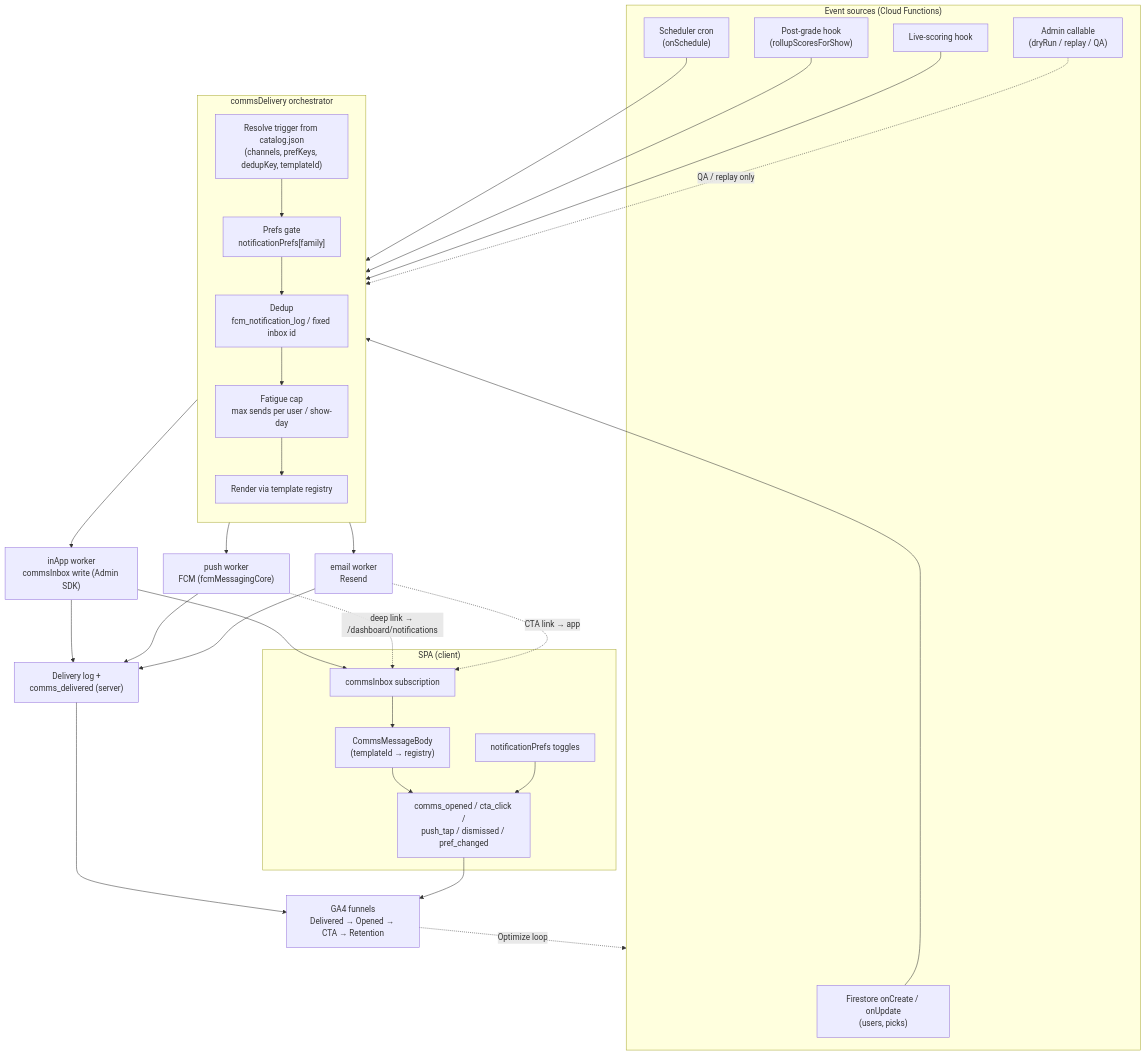
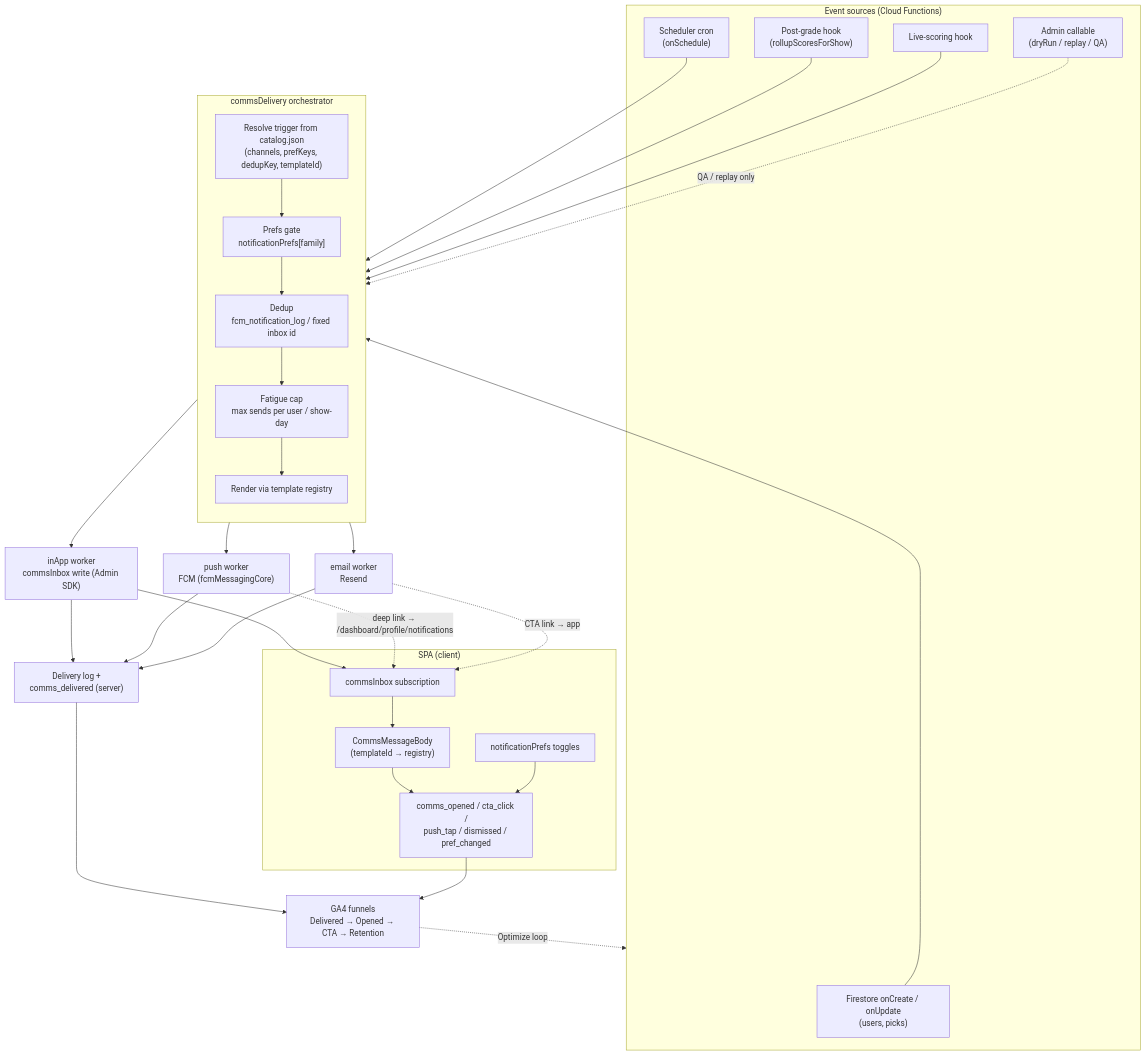
One commit to pat792/set-picks changed the diagram in docs/comms-triggers/ECOSYSTEM.md. Above: the diagram before and after it, drawn with Mermaid. The commit also changed other lines of this file and 46 other files, not shown here.

````diff
--- a/docs/comms-triggers/ECOSYSTEM.md
+++ b/docs/comms-triggers/ECOSYSTEM.md
@@ -18,51 +18,51 @@
 ```mermaid
 flowchart TB
   subgraph SRC["Event sources (Cloud Functions)"]
     A1["Firestore onCreate / onUpdate\n(users, picks)"]
     A2["Scheduler cron\n(onSchedule)"]
     A3["Post-grade hook\n(rollupScoresForShow)"]
     A4["Live-scoring hook"]
     A5["Admin callable\n(dryRun / replay / QA)"]
   end
 
   A1 --> ORCH
   A2 --> ORCH
   A3 --> ORCH
   A4 --> ORCH
   A5 -. "QA / replay only" .-> ORCH
 
   subgraph ORCH["commsDelivery orchestrator"]
     direction TB
     R["Resolve trigger from catalog.json\n(channels, prefKeys, dedupKey, templateId)"]
     P["Prefs gate\nnotificationPrefs[family]"]
     D["Dedup\nfcm_notification_log / fixed inbox id"]
     F["Fatigue cap\nmax sends per user / show-day"]
     T["Render via template registry"]
     R --> P --> D --> F --> T
   end
 
   T --> WIN["inApp worker\ncommsInbox write (Admin SDK)"]
   T --> WPU["push worker\nFCM (fcmMessagingCore)"]
   T --> WEM["email worker\nResend"]
 
   WIN --> LOG["Delivery log +\ncomms_delivered (server)"]
   WPU --> LOG
   WEM --> LOG
 
   subgraph CLIENT["SPA (client)"]
     INBOX["commsInbox subscription"]
     REND["CommsMessageBody\n(templateId → registry)"]
     PREFS["notificationPrefs toggles"]
     GA["comms_opened / cta_click /\npush_tap / dismissed / pref_changed"]
     INBOX --> REND --> GA
     PREFS --> GA
   end
 
   WIN --> INBOX
-  WPU -. "deep link → /dashboard/notifications" .-> INBOX
+  WPU -. "deep link → /dashboard/profile/notifications" .-> INBOX
   WEM -. "CTA link → app" .-> INBOX
 
   LOG --> ANALYTICS["GA4 funnels\nDelivered → Opened → CTA → Retention"]
   GA --> ANALYTICS
   ANALYTICS -. "Optimize loop" .-> SRC
 ```
````
